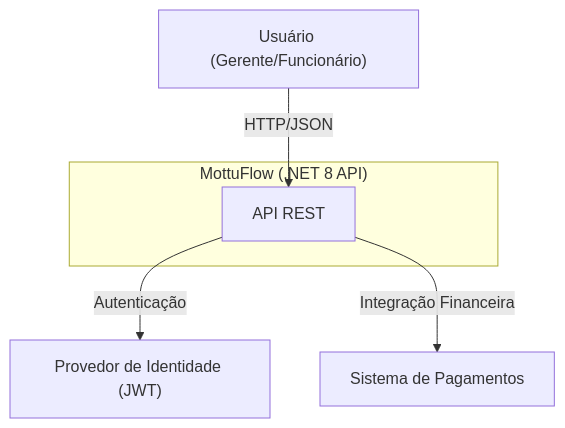
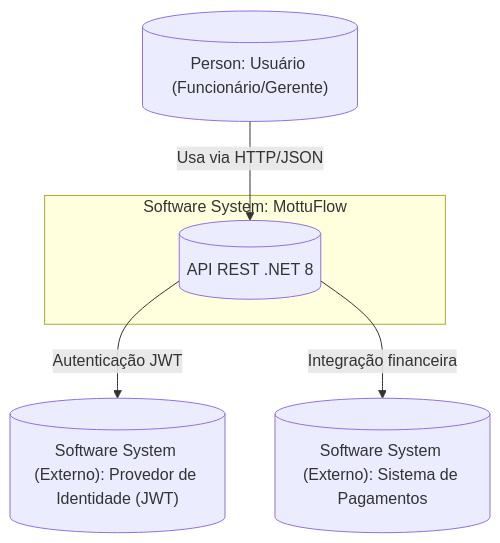
Before and after one commit to leomotalima/MottuFlow-Sprint4: the first of 3 diagrams in README.md, drawn with Mermaid. The commit also changed other lines of this file, not shown here.

````diff
--- a/README.md
+++ b/README.md
@@ -39,14 +41,15 @@
 ```mermaid
 graph TB
-    user["Usuário (Gerente/Funcionário)"]
-    extIdP["Provedor de Identidade (JWT)"]
-    extPay["Sistema de Pagamentos"]
+    user[("Person: Usuário (Funcionário/Gerente)")]
 
-    subgraph mottu["MottuFlow (.NET 8 API)"]
-        api["API REST"]
+    extPay[("Software System (Externo): Sistema de Pagamentos")]
+    extIdP[("Software System (Externo): Provedor de Identidade (JWT)")]
+
+    subgraph s1["Software System: MottuFlow"]
+    api[("API REST .NET 8")]
     end
 
-    user -->|HTTP/JSON| api
-    api -->|Autenticação| extIdP
-    api -->|Integração Financeira| extPay
+    user -->|Usa via HTTP/JSON| api
+    api -->|Autenticação JWT| extIdP
+    api -->|Integração financeira| extPay
 ```
````
